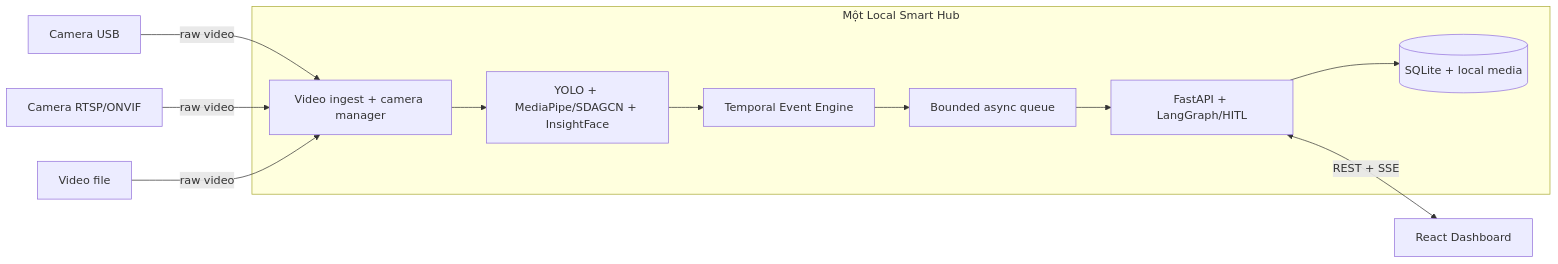
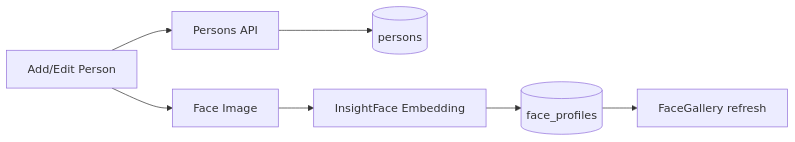
Before and after one commit to daoquocdai/P227: the second of 5 diagrams in docs/Gate1.md, drawn with Mermaid. The commit also changed other lines of this file and 93 other files, not shown here.

````diff
--- a/docs/Gate1.md
+++ b/docs/Gate1.md
@@ -147,20 +490,9 @@
 ```mermaid
 flowchart LR
-    C1[Camera USB]
-    C2[Camera RTSP/ONVIF]
-    C3[Video file]
-    subgraph HUB[Một Local Smart Hub]
-        INGEST[Video ingest + camera manager]
-        VISION[YOLO + MediaPipe/SDAGCN + InsightFace]
-        ENGINE[Temporal Event Engine]
-        QUEUE[Bounded async queue]
-        API[FastAPI + LangGraph/HITL]
-        DB[(SQLite + local media)]
-        INGEST --> VISION --> ENGINE --> QUEUE --> API --> DB
-    end
-    UI[React Dashboard]
-    C1 -->|raw video| INGEST
-    C2 -->|raw video| INGEST
-    C3 -->|raw video| INGEST
-    API <-->|REST + SSE| UI
+    FORM[Add/Edit Person] --> API[Persons API]
+    API --> DB[(persons)]
+    FORM --> FACE[Face Image]
+    FACE --> EMB[InsightFace Embedding]
+    EMB --> PROFILE[(face_profiles)]
+    PROFILE --> GALLERY[FaceGallery refresh]
 ```
````
